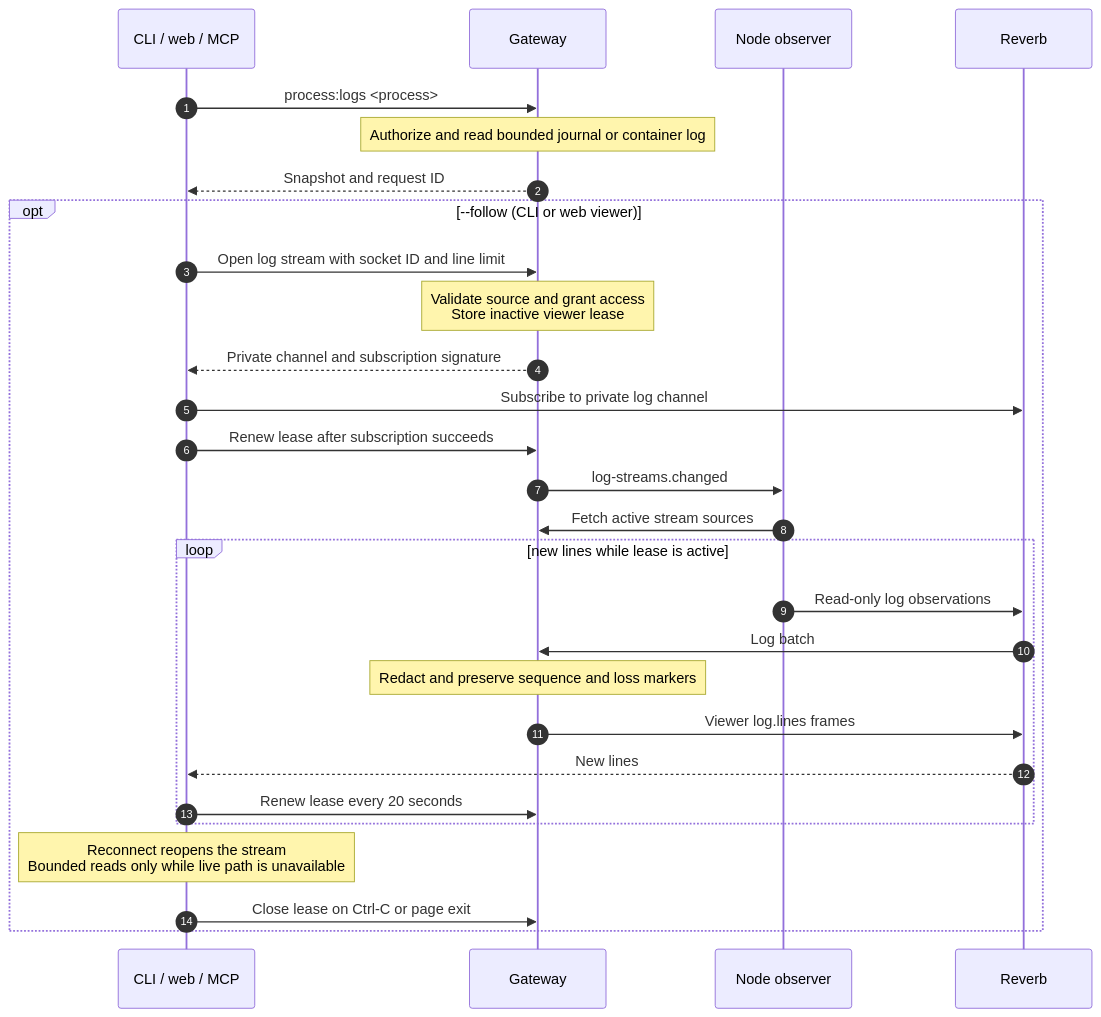
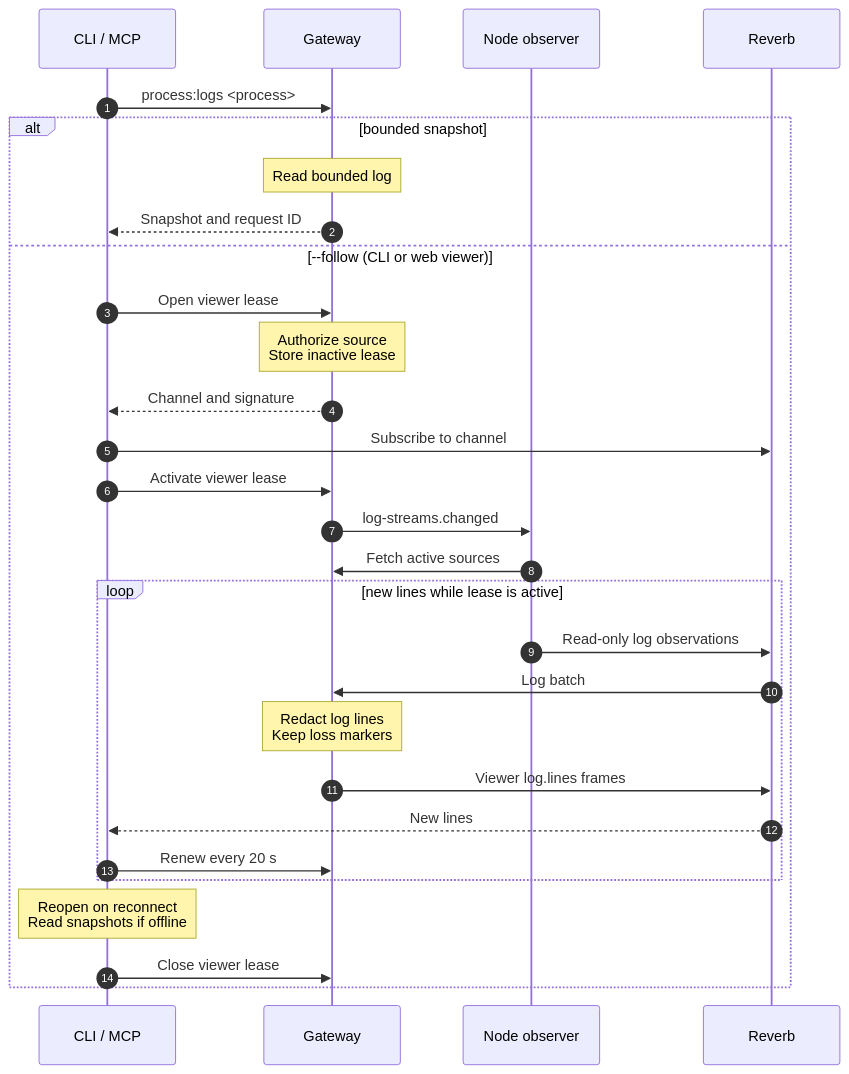
Before and after one commit to hardimpactdev/orbit: the diagram in docs/cli/process/logs.mmd, drawn with Mermaid. The commit also changed 47 other files, not shown here.

Commit message:
refactor(cli): standardize logs and add Schedule follow

```diff
--- a/docs/cli/process/logs.mmd
+++ b/docs/cli/process/logs.mmd
@@ -1,31 +1,32 @@
 sequenceDiagram
   %% status: draft
   %% command: process:logs
   %% kind: process.logs
   autonumber
-  participant CLI as CLI / web / MCP
+  participant CLI as CLI / MCP
   participant GW as Gateway
   participant A as Node observer
   participant R as Reverb
   CLI->>GW: process:logs <process>
-  Note over GW: Authorize and read bounded journal or container log
-  GW-->>CLI: Snapshot and request ID
-  opt --follow (CLI or web viewer)
-    CLI->>GW: Open log stream with socket ID and line limit
-    Note over GW: Validate source and grant access<br/>Store inactive viewer lease
-    GW-->>CLI: Private channel and subscription signature
-    CLI->>R: Subscribe to private log channel
-    CLI->>GW: Renew lease after subscription succeeds
+  alt bounded snapshot
+    Note over GW: Read bounded log
+    GW-->>CLI: Snapshot and request ID
+  else --follow (CLI or web viewer)
+    CLI->>GW: Open viewer lease
+    Note over GW: Authorize source<br/>Store inactive lease
+    GW-->>CLI: Channel and signature
+    CLI->>R: Subscribe to channel
+    CLI->>GW: Activate viewer lease
     GW->>A: log-streams.changed
-    A->>GW: Fetch active stream sources
+    A->>GW: Fetch active sources
     loop new lines while lease is active
       A->>R: Read-only log observations
       R->>GW: Log batch
-      Note over GW: Redact and preserve sequence and loss markers
+      Note over GW: Redact log lines<br/>Keep loss markers
       GW->>R: Viewer log.lines frames
       R-->>CLI: New lines
-      CLI->>GW: Renew lease every 20 seconds
+      CLI->>GW: Renew every 20 s
     end
-    Note over CLI: Reconnect reopens the stream<br/>Bounded reads only while live path is unavailable
-    CLI->>GW: Close lease on Ctrl-C or page exit
+    Note over CLI: Reopen on reconnect<br/>Read snapshots if offline
+    CLI->>GW: Close viewer lease
   end
```
